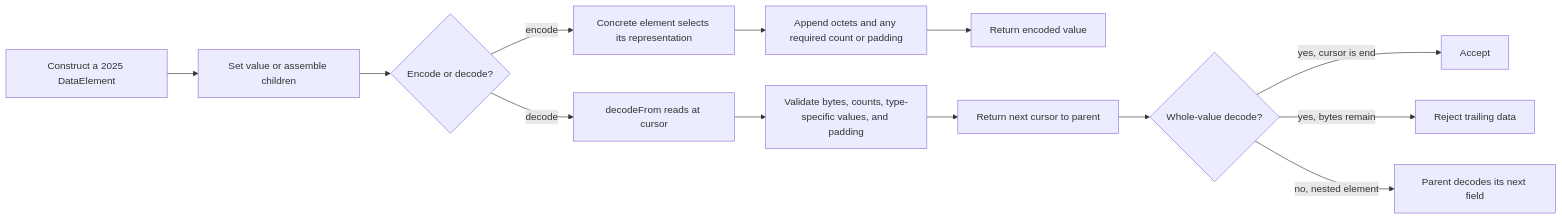
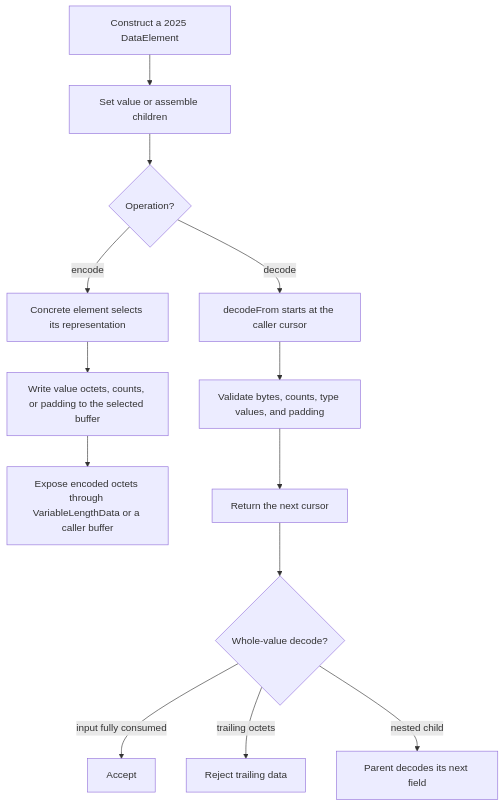
One commit to sheepfling/umbra changed the first of 8 diagrams in docs/design/HLA-2025-DATA-ELEMENT-ENCODING-FLOW-GUIDE.md. Above: the diagram before and after it, drawn with Mermaid. The commit also changed other lines of this file and 822 other files, not shown here.

````diff
--- a/docs/design/HLA-2025-DATA-ELEMENT-ENCODING-FLOW-GUIDE.md
+++ b/docs/design/HLA-2025-DATA-ELEMENT-ENCODING-FLOW-GUIDE.md
@@ -40,15 +73,15 @@
 ```mermaid
-flowchart LR
+flowchart TD
   A[Construct a 2025 DataElement] --> B[Set value or assemble children]
-  B --> C{Encode or decode?}
+  B --> C{Operation?}
   C -->|encode| D[Concrete element selects its representation]
-  D --> E[Append octets and any required count or padding]
-  E --> F[Return encoded value]
-  C -->|decode| G[decodeFrom reads at cursor]
-  G --> H[Validate bytes, counts, type-specific values, and padding]
-  H --> I[Return next cursor to parent]
+  D --> E[Write value octets, counts, or padding to the selected buffer]
+  E --> F[Expose encoded octets through VariableLengthData or a caller buffer]
+  C -->|decode| G[decodeFrom starts at the caller cursor]
+  G --> H[Validate bytes, counts, type values, and padding]
+  H --> I[Return the next cursor]
   I --> J{Whole-value decode?}
-  J -->|yes, cursor is end| K[Accept]
-  J -->|yes, bytes remain| L[Reject trailing data]
-  J -->|no, nested element| M[Parent decodes its next field]
+  J -->|input fully consumed| K[Accept]
+  J -->|trailing octets| L[Reject trailing data]
+  J -->|nested child| M[Parent decodes its next field]
 ```
````
